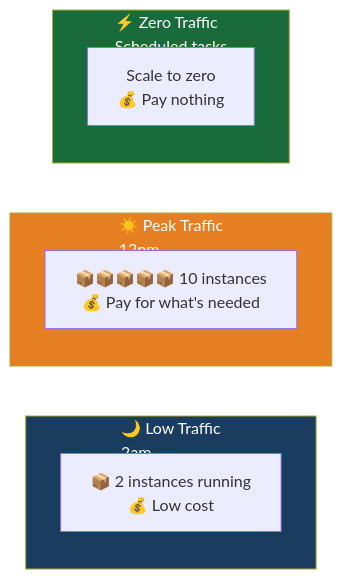
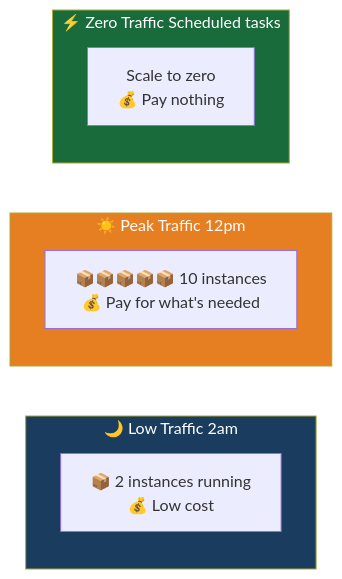
Before and after one commit to MinenhleNkosi/Docker-Kubernetes_Mastery: the sixth of 20 diagrams in 1.1 LFS250/0. Cloud Native Architecture/Cloud Native Architecture.md, drawn with Mermaid.

Commit message:
Cloud Native Essential Notes

````diff
--- a/1.1 LFS250/0. Cloud Native Architecture/Cloud Native Architecture.md
+++ b/1.1 LFS250/0. Cloud Native Architecture/Cloud Native Architecture.md
@@ -150,18 +150,18 @@
 ```mermaid
 graph LR
-    subgraph NIGHT[🌙 Low Traffic\n2am]
+    subgraph NIGHT[🌙 Low Traffic 2am]
         S1[📦 2 instances running\n💰 Low cost]
     end
 
-    subgraph DAY[☀️ Peak Traffic\n12pm]
+    subgraph DAY[☀️ Peak Traffic 12pm]
         S2[📦📦📦📦📦 10 instances\n💰 Pay for what's needed]
     end
 
-    subgraph OFF[⚡ Zero Traffic\nScheduled tasks]
+    subgraph OFF[⚡ Zero Traffic Scheduled tasks]
         S3[Scale to zero\n💰 Pay nothing]
     end
 
     style NIGHT fill:#1a3c5e,color:#fff
     style DAY fill:#e67e22,color:#fff
     style OFF fill:#1a6b3c,color:#fff
 ```
````
